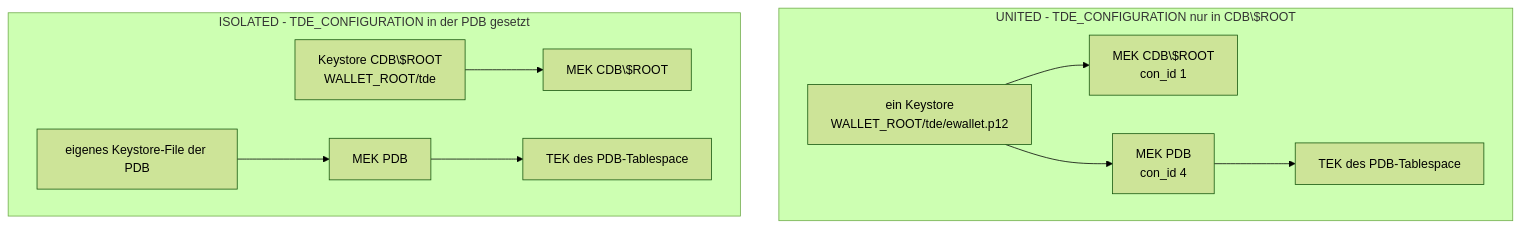
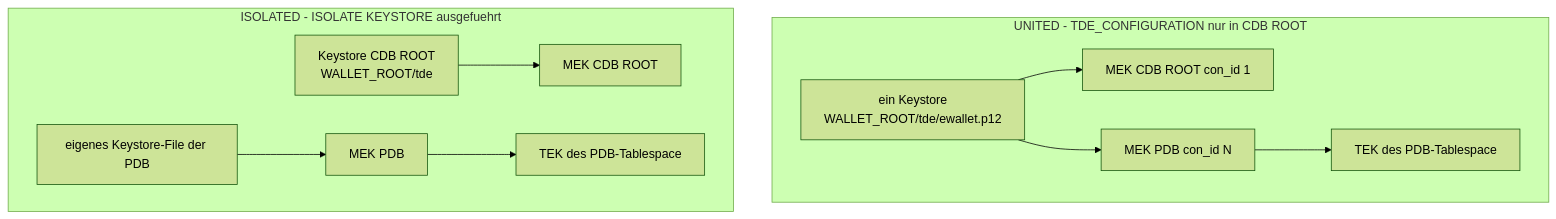
One commit to oehrlis/oracle-free-labs changed the fifth of 8 diagrams in doc/tde-key-architecture.md. Above: the diagram before and after it, drawn with Mermaid (forest theme). The commit also changed other lines of this file and 1 other file, not shown here.

First line of the commit message:
docs(tde): rewrite key architecture doc with measured dependency model

````diff
--- a/doc/tde-key-architecture.md
+++ b/doc/tde-key-architecture.md
@@ -136,21 +209,21 @@
 ```mermaid
 flowchart TB
-    subgraph U["UNITED - TDE_CONFIGURATION nur in CDB\$ROOT"]
+    subgraph U["UNITED - TDE_CONFIGURATION nur in CDB ROOT"]
         UKS["ein Keystore<br/>WALLET_ROOT/tde/ewallet.p12"]
-        UM1["MEK CDB\$ROOT<br/>con_id 1"]
-        UM2["MEK PDB<br/>con_id 4"]
+        UM1["MEK CDB ROOT con_id 1"]
+        UM2["MEK PDB con_id N"]
         UKS --> UM1
         UKS --> UM2
         UM2 --> UTS["TEK des PDB-Tablespace"]
     end
 
-    subgraph I["ISOLATED - TDE_CONFIGURATION in der PDB gesetzt"]
-        IKS1["Keystore CDB\$ROOT<br/>WALLET_ROOT/tde"]
+    subgraph I["ISOLATED - ISOLATE KEYSTORE ausgefuehrt"]
+        IKS1["Keystore CDB ROOT<br/>WALLET_ROOT/tde"]
         IKS2["eigenes Keystore-File der PDB"]
-        IM1["MEK CDB\$ROOT"]
+        IM1["MEK CDB ROOT"]
         IM2["MEK PDB"]
         IKS1 --> IM1
         IKS2 --> IM2
         IM2 --> ITS["TEK des PDB-Tablespace"]
     end
 ```
````
